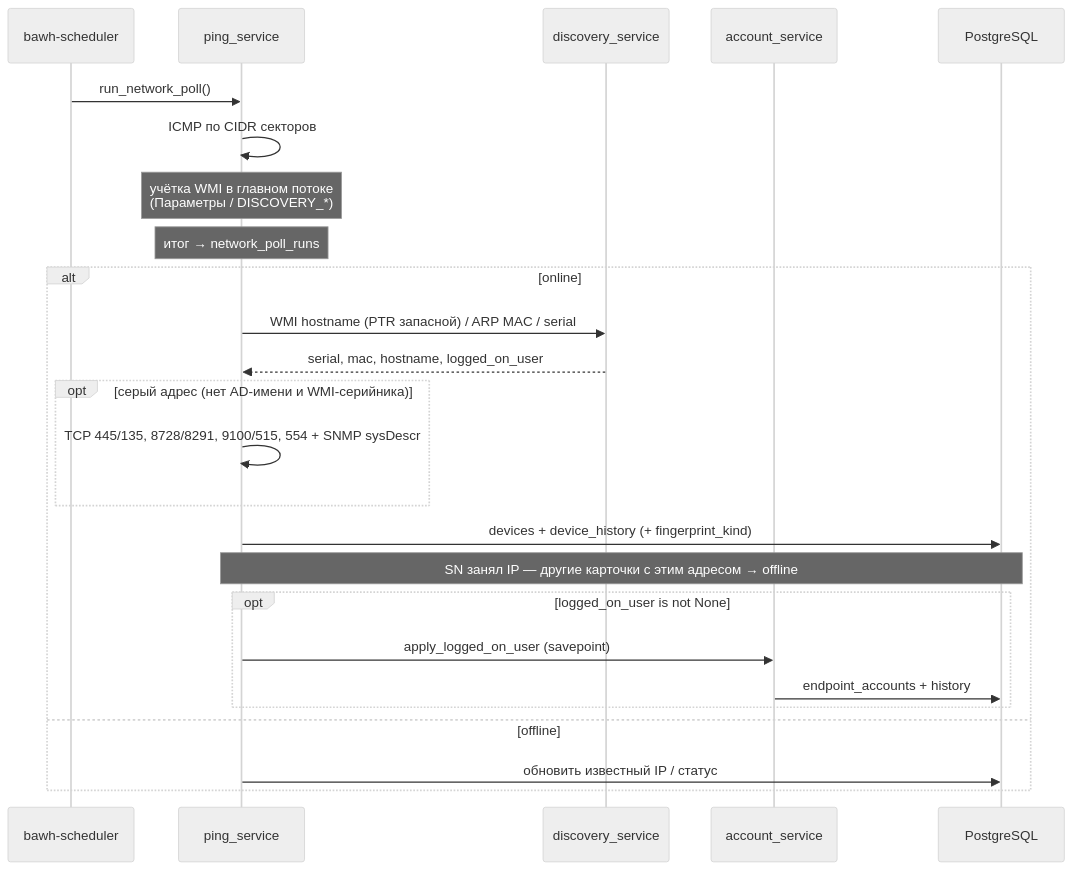
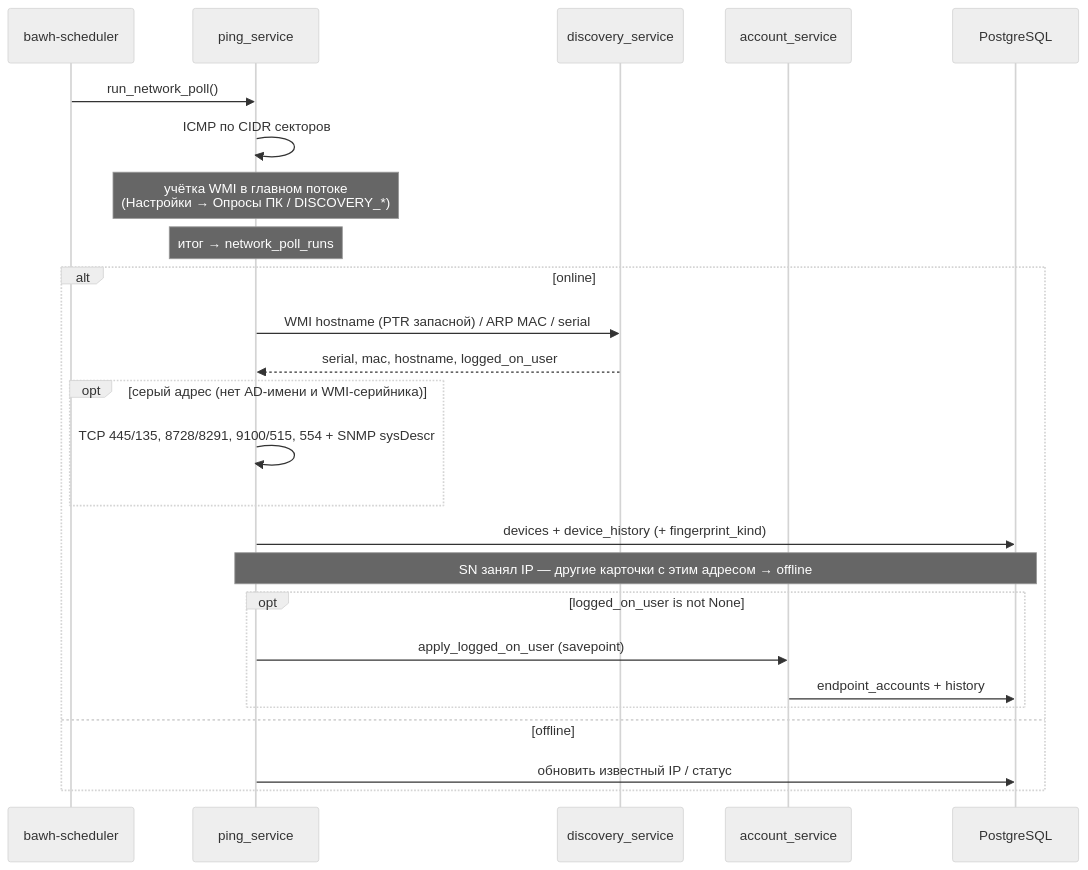
Before and after one commit to blazerity/admin-webhelper: the second of 2 diagrams in docs/ARCHITECTURE.md, drawn with Mermaid (neutral theme). The commit also changed other lines of this file and 45 other files, not shown here.

````diff
--- a/docs/ARCHITECTURE.md
+++ b/docs/ARCHITECTURE.md
@@ -564,28 +564,28 @@
 ```mermaid
 sequenceDiagram
   participant Sch as bawh-scheduler
   participant Ping as ping_service
   participant Disc as discovery_service
   participant Acc as account_service
   participant DB as PostgreSQL
 
   Sch->>Ping: run_network_poll()
   Ping->>Ping: ICMP по CIDR секторов
-  Note over Ping: учётка WMI в главном потоке<br/>(Параметры / DISCOVERY_*)
+  Note over Ping: учётка WMI в главном потоке<br/>(Настройки → Опросы ПК / DISCOVERY_*)
   Note over Ping: итог → network_poll_runs
   alt online
     Ping->>Disc: WMI hostname (PTR запасной) / ARP MAC / serial
     Disc-->>Ping: serial, mac, hostname, logged_on_user
     opt серый адрес (нет AD-имени и WMI-серийника)
       Ping->>Ping: TCP 445/135, 8728/8291, 9100/515, 554 + SNMP sysDescr
     end
     Ping->>DB: devices + device_history (+ fingerprint_kind)
     Note over Ping,DB: SN занял IP — другие карточки с этим адресом → offline
     opt logged_on_user is not None
       Ping->>Acc: apply_logged_on_user (savepoint)
       Acc->>DB: endpoint_accounts + history
     end
   else offline
     Ping->>DB: обновить известный IP / статус
   end
 ```
````
